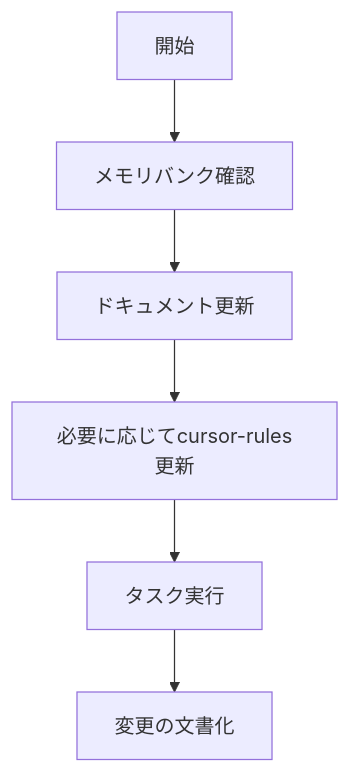
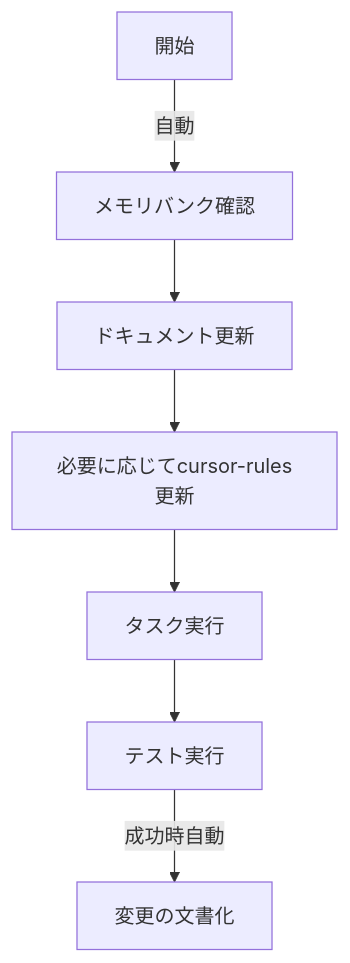
The fourth of 6 diagrams in Tips/cursor-memory-bank-guide.md (u10-github/mcp-servers-config), drawn with Mermaid before and after one commit. The commit also changed other lines of this file, not shown here.

````diff
--- a/Tips/cursor-memory-bank-guide.md
+++ b/Tips/cursor-memory-bank-guide.md
@@ -137,8 +164,9 @@
 ```mermaid
 flowchart TD
-    Start[開始] --> Context[メモリバンク確認]
+    Start[開始] -->|自動| Context[メモリバンク確認]
     Context --> Update[ドキュメント更新]
     Update --> Rules[必要に応じてcursor-rules更新]
     Rules --> Execute[タスク実行]
-    Execute --> Document[変更の文書化]
+    Execute --> Test[テスト実行]
+    Test -->|成功時自動| Document[変更の文書化]
 ```
````
